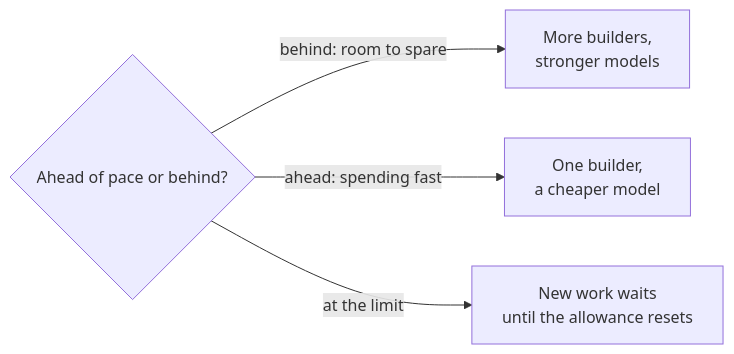
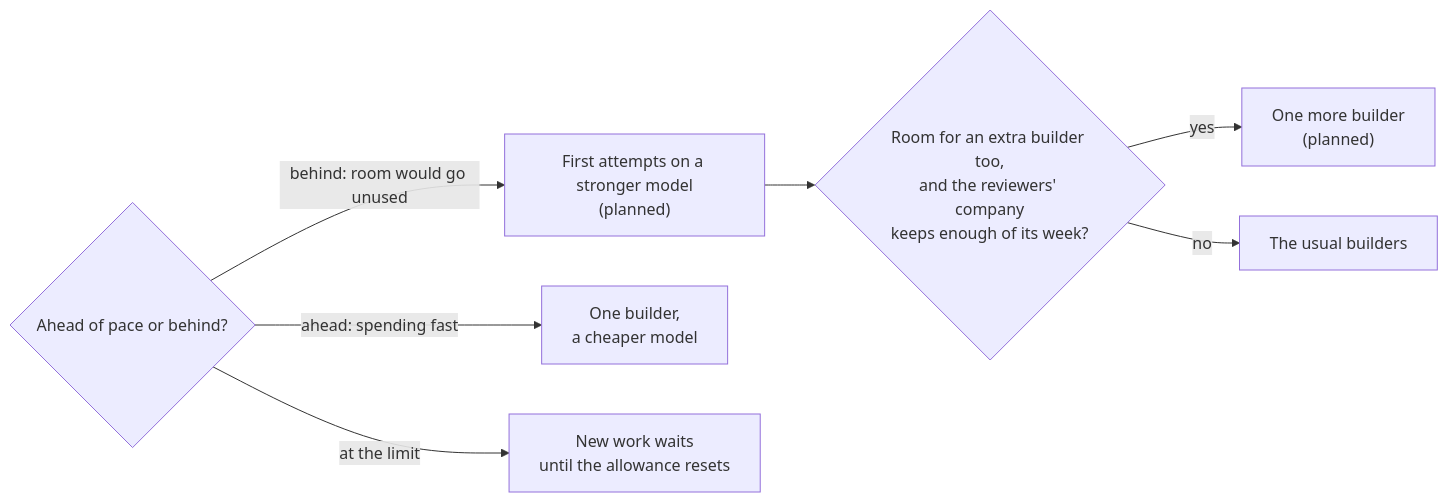
One commit to shinyredapples/intakt changed the sixth of 6 diagrams in docs/guide/how-intakt-works.md. Above: the diagram before and after it, drawn with Mermaid. The commit also changed 3 other files, not shown here.

````diff
--- a/docs/guide/how-intakt-works.md
+++ b/docs/guide/how-intakt-works.md
@@ -137,6 +137,9 @@
 ```mermaid
 flowchart LR
-  pace{Ahead of pace or behind?} -- behind: room to spare --> more[More builders,<br/>stronger models]
+  pace{Ahead of pace or behind?} -- "behind: room would go unused" --> strong["First attempts on a stronger model<br/>(planned)"]
+  strong --> extra{"Room for an extra builder too,<br/>and the reviewers' company<br/>keeps enough of its week?"}
+  extra -- yes --> more["One more builder<br/>(planned)"]
+  extra -- no --> same[The usual builders]
   pace -- ahead: spending fast --> less[One builder,<br/>a cheaper model]
   pace -- at the limit --> stop[New work waits<br/>until the allowance resets]
 ```
````
